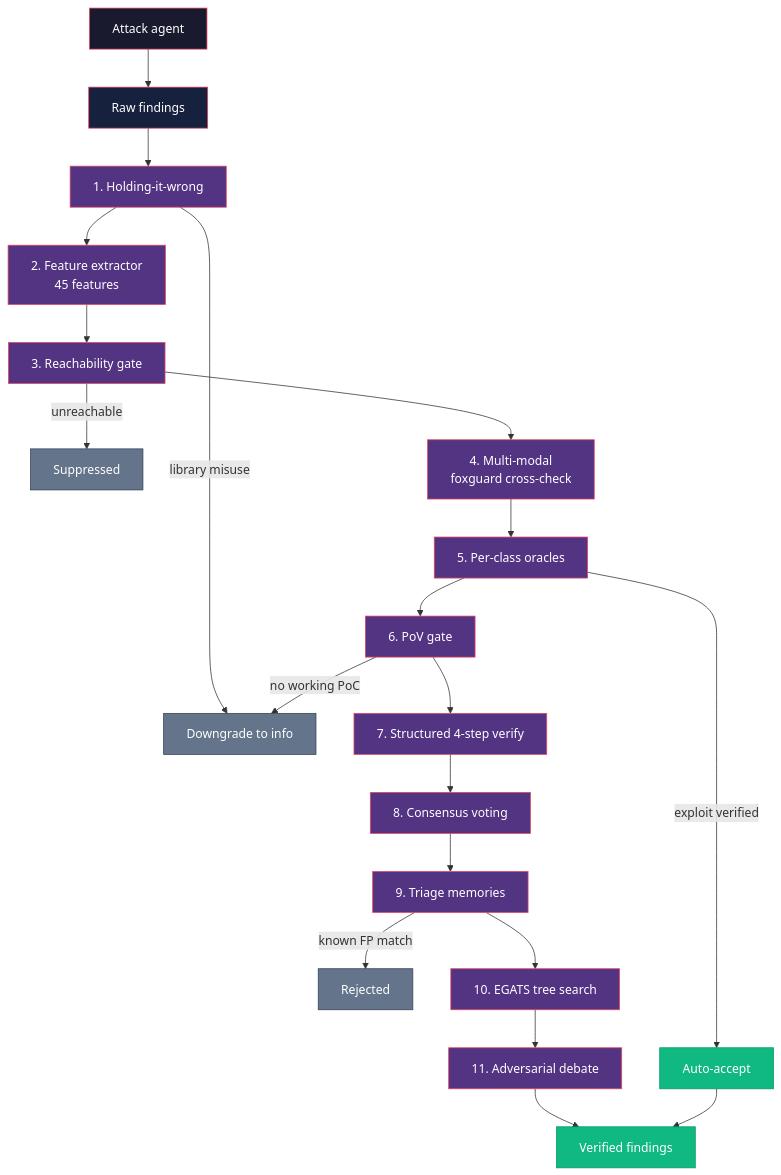
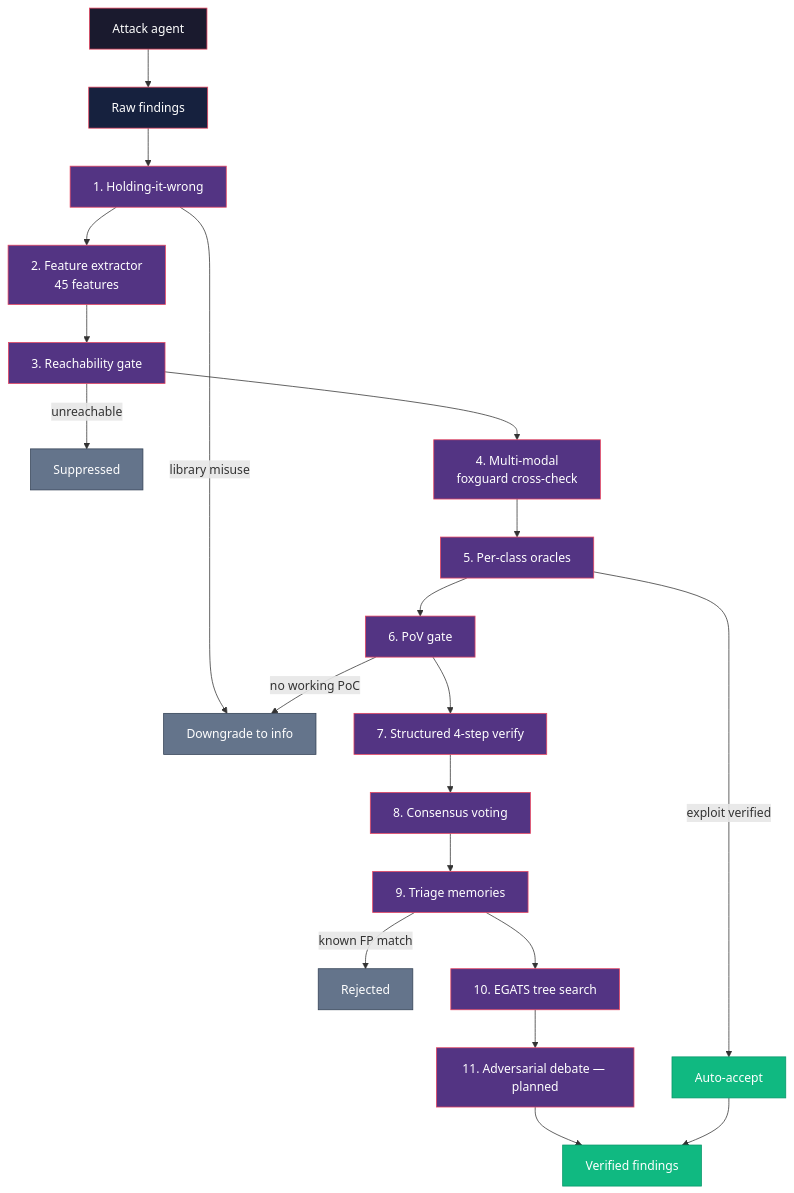
Before and after one commit to 0sec-labs/0sec: the third of 3 diagrams in docs/src/content/docs/architecture.md, drawn with Mermaid. The commit also changed other lines of this file and 57 other files, not shown here.

````diff
--- a/docs/src/content/docs/architecture.md
+++ b/docs/src/content/docs/architecture.md
@@ -249,41 +249,41 @@
 ```mermaid
 flowchart TD
     AA[Attack agent] --> F[Raw findings]
     F --> L1[1. Holding-it-wrong]
     L1 -->|library misuse| INFO[Downgrade to info]
     L1 --> L2["2. Feature extractor\n45 features"]
     L2 --> L3[3. Reachability gate]
     L3 -->|unreachable| SUP[Suppressed]
     L3 --> L4["4. Multi-modal\nfoxguard cross-check"]
     L4 --> L5[5. Per-class oracles]
     L5 -->|exploit verified| ACC[Auto-accept]
     L5 --> L6[6. PoV gate]
     L6 -->|no working PoC| INFO
     L6 --> L7[7. Structured 4-step verify]
     L7 --> L8[8. Consensus voting]
     L8 --> L9[9. Triage memories]
     L9 -->|known FP match| REJ[Rejected]
     L9 --> L10[10. EGATS tree search]
-    L10 --> L11[11. Adversarial debate]
+    L10 --> L11[11. Adversarial debate — planned]
     L11 --> VF[Verified findings]
     ACC --> VF
 
     style AA fill:#1a1a2e,stroke:#e94560,color:#fff
     style F fill:#16213e,stroke:#e94560,color:#fff
     style VF fill:#10b981,stroke:#059669,color:#fff
     style ACC fill:#10b981,stroke:#059669,color:#fff
     style INFO fill:#64748b,stroke:#334155,color:#fff
     style SUP fill:#64748b,stroke:#334155,color:#fff
     style REJ fill:#64748b,stroke:#334155,color:#fff
     style L1 fill:#533483,stroke:#e94560,color:#fff
     style L2 fill:#533483,stroke:#e94560,color:#fff
     style L3 fill:#533483,stroke:#e94560,color:#fff
     style L4 fill:#533483,stroke:#e94560,color:#fff
     style L5 fill:#533483,stroke:#e94560,color:#fff
     style L6 fill:#533483,stroke:#e94560,color:#fff
     style L7 fill:#533483,stroke:#e94560,color:#fff
     style L8 fill:#533483,stroke:#e94560,color:#fff
     style L9 fill:#533483,stroke:#e94560,color:#fff
     style L10 fill:#533483,stroke:#e94560,color:#fff
     style L11 fill:#533483,stroke:#e94560,color:#fff
 ```
````
